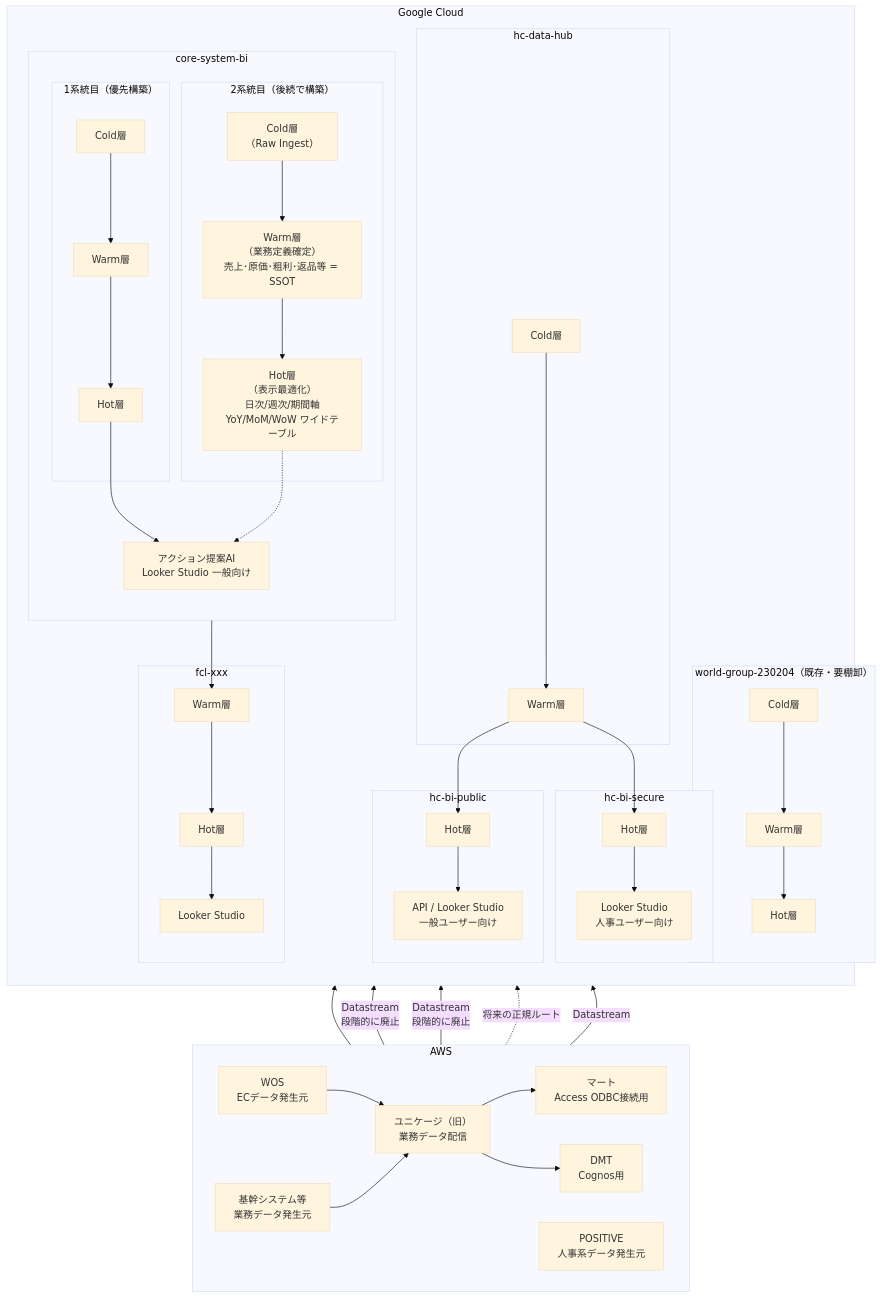
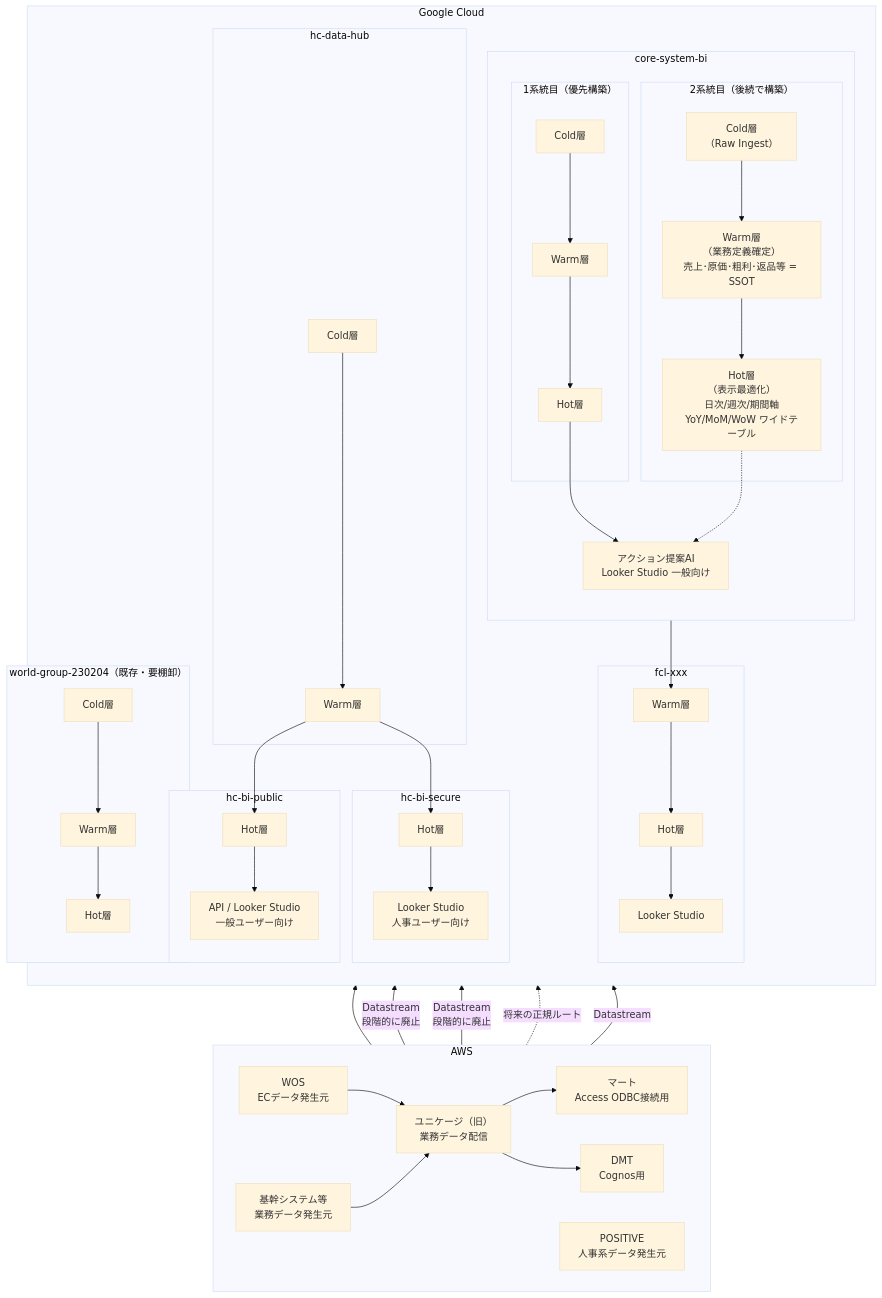
One commit to jhasegawa-01100687/bi-diagram changed the diagram in README.md. Above: the diagram before and after it, drawn with Mermaid (base theme). The commit also changed other lines of this file, not shown here.

First line of the commit message:
docs: reorder fcl-xxx between core-system-bi and world-group

````diff
--- a/README.md
+++ b/README.md
@@ -3,82 +3,82 @@
 ```mermaid
 flowchart BT
     subgraph AWS["AWS"]
         direction LR
         WOS["WOS<br/>ECデータ発生元"]
         Core["基幹システム等<br/>業務データ発生元"]
         POSITIVE["POSITIVE<br/>人事系データ発生元"]
         Unikage["ユニケージ（旧）<br/>業務データ配信"]
         Mart["マート<br/>Access ODBC接続用"]
         DMT["DMT<br/>Cognos用"]
 
         WOS --> Unikage
         Core --> Unikage
         Unikage --> Mart
         Unikage --> DMT
     end
 
     subgraph GCP["Google Cloud"]
         direction TB
 
         subgraph hc-data-hub["hc-data-hub"]
             DH_Cold["Cold層"]
             DH_Warm["Warm層"]
             DH_Cold --> DH_Warm
         end
 
         subgraph hc-bi-public["hc-bi-public"]
             PUB_Hot["Hot層"]
             PUB_Out["API / Looker Studio<br/>一般ユーザー向け"]
             PUB_Hot --> PUB_Out
         end
 
         subgraph hc-bi-secure["hc-bi-secure"]
             SEC_Hot["Hot層"]
             SEC_Out["Looker Studio<br/>人事ユーザー向け"]
             SEC_Hot --> SEC_Out
         end
 
         subgraph core-system-bi["core-system-bi"]
             direction TB
             subgraph Stream1["1系統目（優先構築）"]
                 S1_Cold["Cold層"]
                 S1_Warm["Warm層"]
                 S1_Hot["Hot層"]
                 S1_Cold --> S1_Warm --> S1_Hot
             end
             subgraph Stream2["2系統目（後続で構築）"]
                 S2_Cold["Cold層<br/>（Raw Ingest）"]
                 S2_Warm["Warm層<br/>（業務定義確定）<br/>売上･原価･粗利･返品等 = SSOT"]
                 S2_Hot["Hot層<br/>（表示最適化）<br/>日次/週次/期間軸<br/>YoY/MoM/WoW ワイドテーブル"]
                 S2_Cold --> S2_Warm --> S2_Hot
             end
             CORE_Out["アクション提案AI<br/>Looker Studio 一般向け"]
             S1_Hot --> CORE_Out
             S2_Hot -.-> CORE_Out
         end
 
+        subgraph fcl-xxx["fcl-xxx"]
+            FCL_Warm["Warm層"]
+            FCL_Hot["Hot層"]
+            FCL_Out["Looker Studio"]
+            FCL_Warm --> FCL_Hot --> FCL_Out
+        end
+
         subgraph world-group["world-group-230204（既存・要棚卸）"]
             WG_Cold["Cold層"]
             WG_Warm["Warm層"]
             WG_Hot["Hot層"]
             WG_Cold --> WG_Warm --> WG_Hot
-        end
-
-        subgraph fcl-xxx["fcl-xxx"]
-            FCL_Warm["Warm層"]
-            FCL_Hot["Hot層"]
-            FCL_Out["Looker Studio"]
-            FCL_Warm --> FCL_Hot --> FCL_Out
         end
     end
 
     %% データフロー（AWS → GCP）
     Unikage --> WG_Cold
     S2_Cold --> FCL_Warm
     DH_Warm --> PUB_Hot
     DH_Warm --> SEC_Hot
     Mart -->|Datastream<br/>段階的に廃止| S1_Cold
     DMT -->|Datastream<br/>段階的に廃止| S1_Cold
     Core -.->|将来の正規ルート| S2_Cold
     POSITIVE -->|Datastream| DH_Cold
 ```
````
